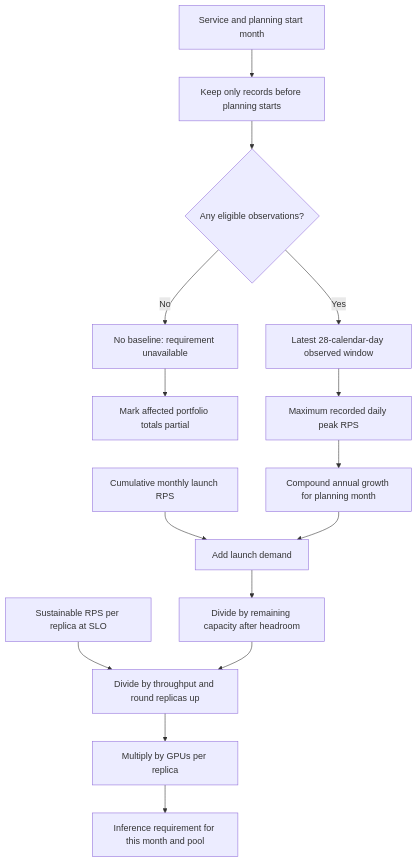
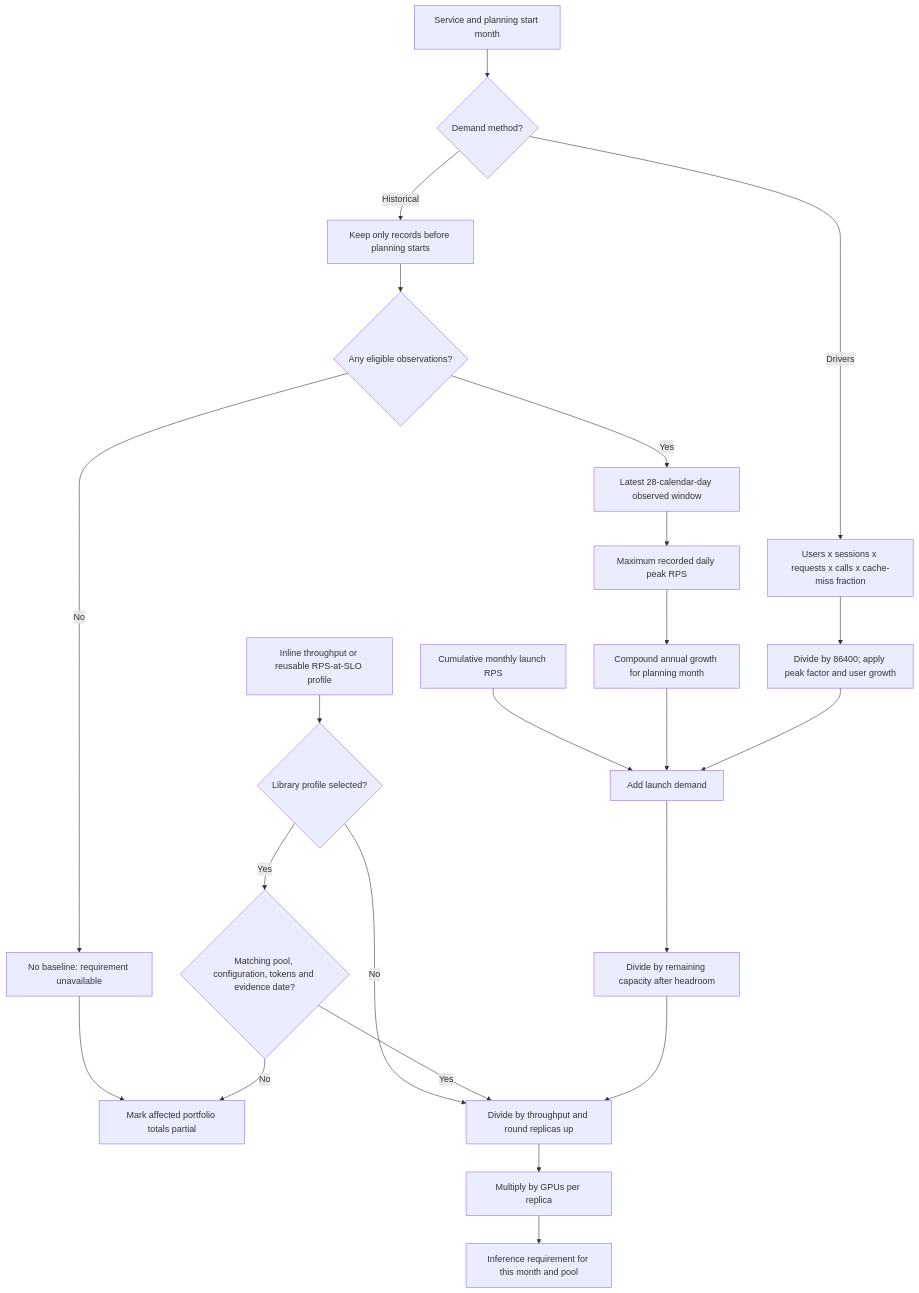
One commit to samimriaz/gpu-capacity-planner changed the second of 3 diagrams in README.md. Above: the diagram before and after it, drawn with Mermaid. The commit also changed other lines of this file and 4 other files, not shown here.

Commit message:
Add demand drivers, reusable performance profiles and forecast evidence

````diff
--- a/README.md
+++ b/README.md
@@ -111,17 +118,25 @@
 ```mermaid
 flowchart TD
-    Start["Service and planning start month"] --> Filter["Keep only records before planning starts"]
+    Start["Service and planning start month"] --> Method{"Demand method?"}
+    Method -->|Historical| Filter["Keep only records before planning starts"]
+    Method -->|Drivers| Drivers["Users x sessions x requests x calls x cache-miss fraction"]
+    Drivers --> DriverPeak["Divide by 86400; apply peak factor and user growth"]
     Filter --> HasData{"Any eligible observations?"}
     HasData -->|No| Missing["No baseline: requirement unavailable"]
     Missing --> Partial["Mark affected portfolio totals partial"]
     HasData -->|Yes| Window["Latest 28-calendar-day observed window"]
     Window --> Peak["Maximum recorded daily peak RPS"]
     Peak --> Growth["Compound annual growth for planning month"]
     Launch["Cumulative monthly launch RPS"] --> Add["Add launch demand"]
     Growth --> Add
+    DriverPeak --> Add
     Add --> Headroom["Divide by remaining capacity after headroom"]
-    Profile["Sustainable RPS per replica at SLO"] --> Replicas["Divide by throughput and round replicas up"]
+    Profile["Inline throughput or reusable RPS-at-SLO profile"] --> Linked{"Library profile selected?"}
+    Linked -->|No| Replicas
+    Linked -->|Yes| Compatible{"Matching pool, configuration, tokens and evidence date?"}
+    Compatible -->|No| Partial
+    Compatible -->|Yes| Replicas["Divide by throughput and round replicas up"]
     Headroom --> Replicas
     Replicas --> GPUs["Multiply by GPUs per replica"]
     GPUs --> Result["Inference requirement for this month and pool"]
 ```
````
